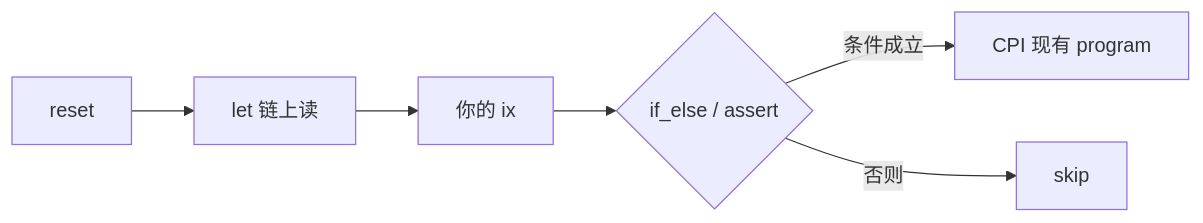
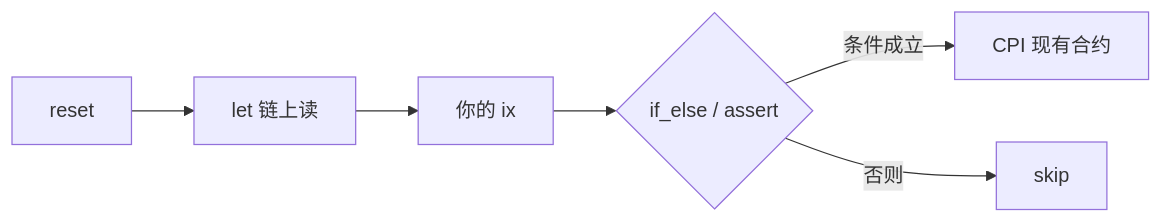
One commit to ifx-run/ifx changed the diagram in README.zh-CN.md. Above: the diagram before and after it, drawn with Mermaid. The commit also changed other lines of this file and 5 other files, not shown here.

````diff
--- a/README.zh-CN.md
+++ b/README.zh-CN.md
@@ -183,8 +181,8 @@
 ```mermaid
 flowchart LR
   reset[reset] --> let[let 链上读]
   let --> yours[你的 ix]
   yours --> branch{if_else / assert}
-  branch -->|条件成立| cpi[CPI 现有 program]
+  branch -->|条件成立| cpi[CPI 现有合约]
   branch -->|否则| skip[skip]
 ```
````
